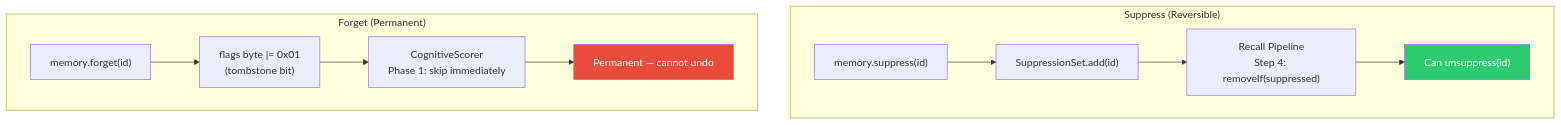
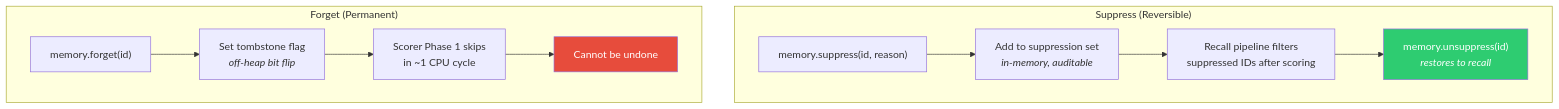
One commit to spectrayan/spector changed the first of 2 diagrams in docs/docs/memory/inhibition.md. Above: the diagram before and after it, drawn with Mermaid. The commit also changed other lines of this file and 38 other files, not shown here.

First line of the commit message:
docs(memory): replace implementation details with functional diagrams and product-focused content (#33)

````diff
--- a/docs/docs/memory/inhibition.md
+++ b/docs/docs/memory/inhibition.md
@@ -124,17 +27,17 @@
 ```mermaid
-graph TB
+flowchart TD
     subgraph "Suppress (Reversible)"
-        S1["memory.suppress(id)"] --> S2["SuppressionSet.add(id)"]
-        S2 --> S3["Recall Pipeline<br/>Step 4: removeIf(suppressed)"]
-        S3 --> S4["Can unsuppress(id)"]
+        S1["memory.suppress(id, reason)"] --> S2["Add to suppression set<br/><i>in-memory, auditable</i>"]
+        S2 --> S3["Recall pipeline filters<br/>suppressed IDs after scoring"]
+        S3 --> S4["memory.unsuppress(id)<br/><i>restores to recall</i>"]
     end
-    
+
     subgraph "Forget (Permanent)"
-        F1["memory.forget(id)"] --> F2["flags byte |= 0x01<br/>(tombstone bit)"]
-        F2 --> F3["CognitiveScorer<br/>Phase 1: skip immediately"]
-        F3 --> F4["Permanent — cannot undo"]
+        F1["memory.forget(id)"] --> F2["Set tombstone flag<br/><i>off-heap bit flip</i>"]
+        F2 --> F3["Scorer Phase 1 skips<br/>in ~1 CPU cycle"]
+        F3 --> F4["Cannot be undone"]
     end
-    
+
     style S4 fill:#2ecc71,color:white
     style F4 fill:#e74c3c,color:white
 ```
````
